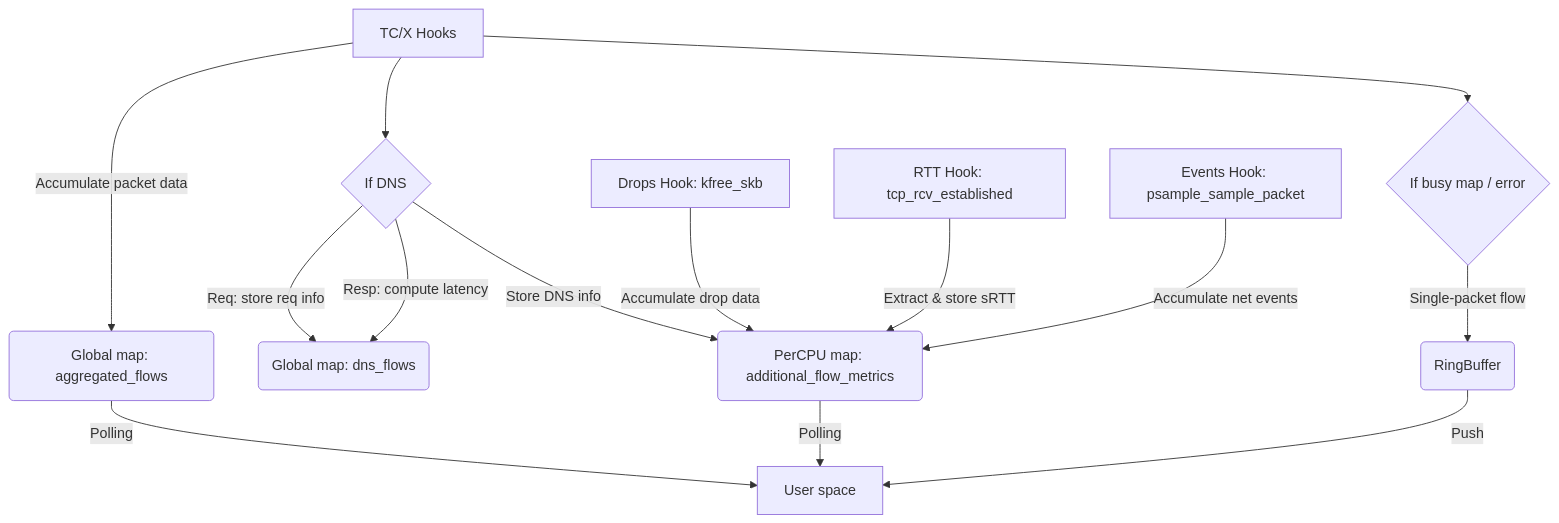
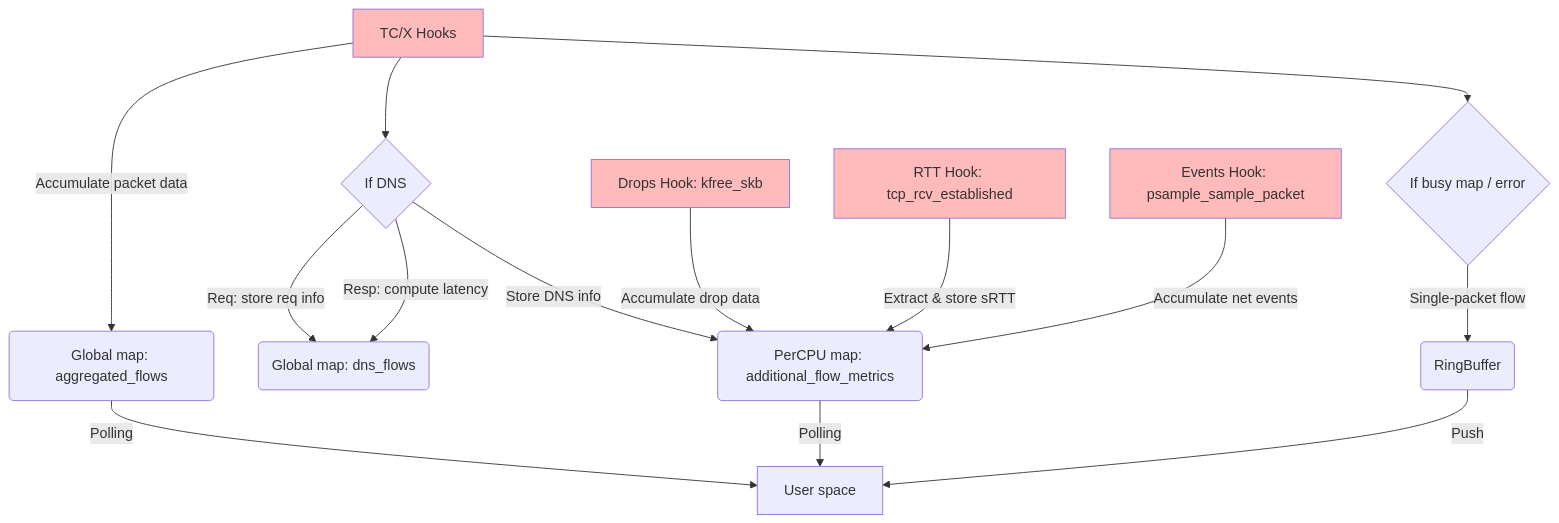
One commit to netobserv/netobserv-ebpf-agent changed the first of 2 diagrams in docs/architecture.md. Above: the diagram before and after it, drawn with Mermaid.

````diff
--- a/docs/architecture.md
+++ b/docs/architecture.md
@@ -11,16 +11,20 @@
 ```mermaid
 flowchart TD
     A[TC/X Hooks] -->|Accumulate packet data| M1(Global map: aggregated_flows)
     D{If DNS} -->|Req: store req info| MD(Global map: dns_flows)
     D -->|Resp: compute latency| MD
     A -->D
     D -->|Store DNS info| M2(PerCPU map: additional_flow_metrics)
     B[Drops Hook: kfree_skb] -->|Accumulate drop data| M2(PerCPU map: additional_flow_metrics)
     C[RTT Hook: tcp_rcv_established] -->|Extract & store sRTT| M2(PerCPU map: additional_flow_metrics)
     E[Events Hook: psample_sample_packet] -->|Accumulate net events| M2(PerCPU map: additional_flow_metrics)
     A -->F{If busy map / error}
     F -->|Single-packet flow| RB(RingBuffer)
     M1 --> |Polling|U[User space]
     M2 --> |Polling|U
     RB --> |Push|U
+    style A fill:#FBB
+    style B fill:#FBB
+    style C fill:#FBB
+    style E fill:#FBB
 ```
````
